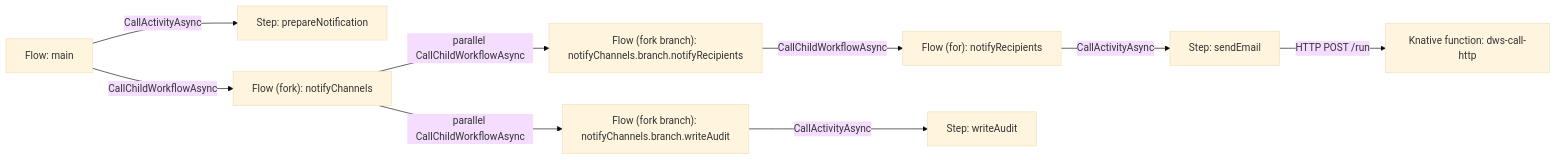
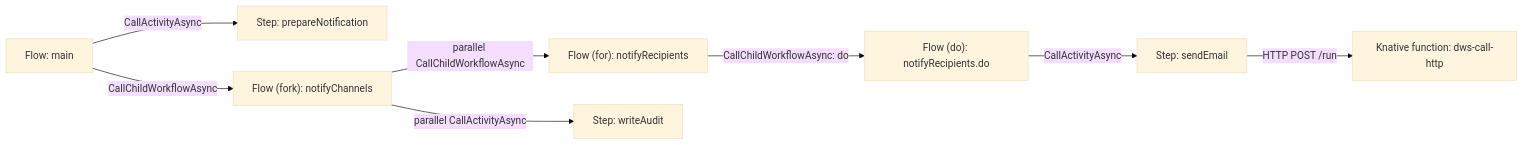
The second of 6 diagrams in docs/roadmaps/workflow-runtime-architecture.md (tonylibs/dapr-workflow-spec), drawn with Mermaid (base theme) before and after one commit. The commit also changed other lines of this file and 3 other files, not shown here.

First line of the commit message:
docs(controller): sync the runtime architecture doc with ADR 0004

````diff
--- a/docs/roadmaps/workflow-runtime-architecture.md
+++ b/docs/roadmaps/workflow-runtime-architecture.md
@@ -200,11 +200,10 @@
 ```mermaid
 flowchart LR
   Main["Flow: main"] -->|CallActivityAsync| Prepare["Step: prepareNotification"]
   Main -->|CallChildWorkflowAsync| Fork["Flow (fork): notifyChannels"]
-  Fork -->|parallel CallChildWorkflowAsync| BranchNotify["Flow (fork branch): notifyChannels.branch.notifyRecipients"]
-  Fork -->|parallel CallChildWorkflowAsync| BranchAudit["Flow (fork branch): notifyChannels.branch.writeAudit"]
-  BranchNotify -->|CallChildWorkflowAsync| For["Flow (for): notifyRecipients"]
-  For -->|CallActivityAsync| Email["Step: sendEmail"]
+  Fork -->|parallel CallChildWorkflowAsync| For["Flow (for): notifyRecipients"]
+  Fork -->|parallel CallActivityAsync| Audit["Step: writeAudit"]
+  For -->|CallChildWorkflowAsync: do| ForDo["Flow (do): notifyRecipients.do"]
+  ForDo -->|CallActivityAsync| Email["Step: sendEmail"]
   Email -->|HTTP POST /run| Http["Knative function: dws-call-http"]
-  BranchAudit -->|CallActivityAsync| Audit["Step: writeAudit"]
 ```
````
